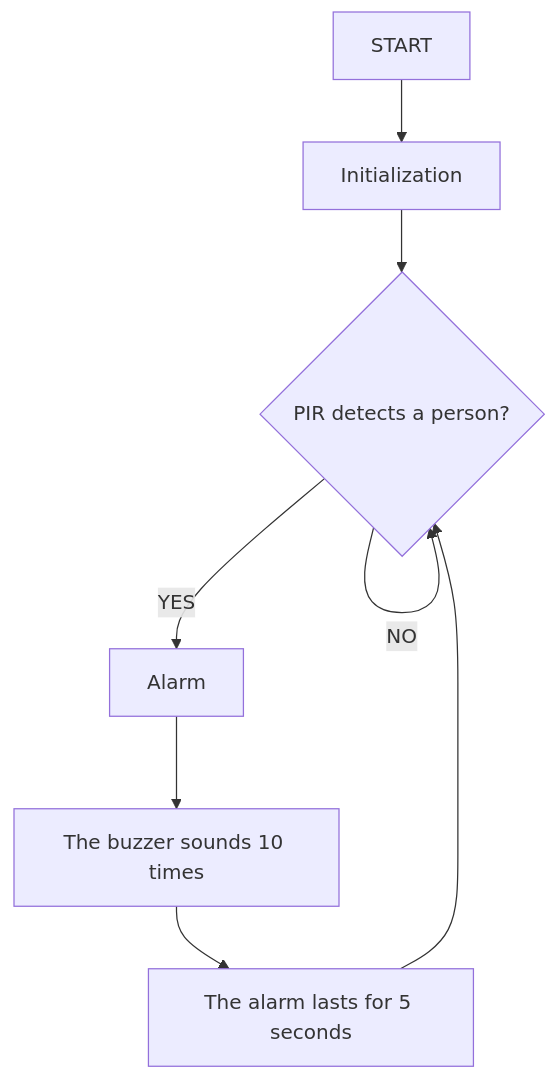
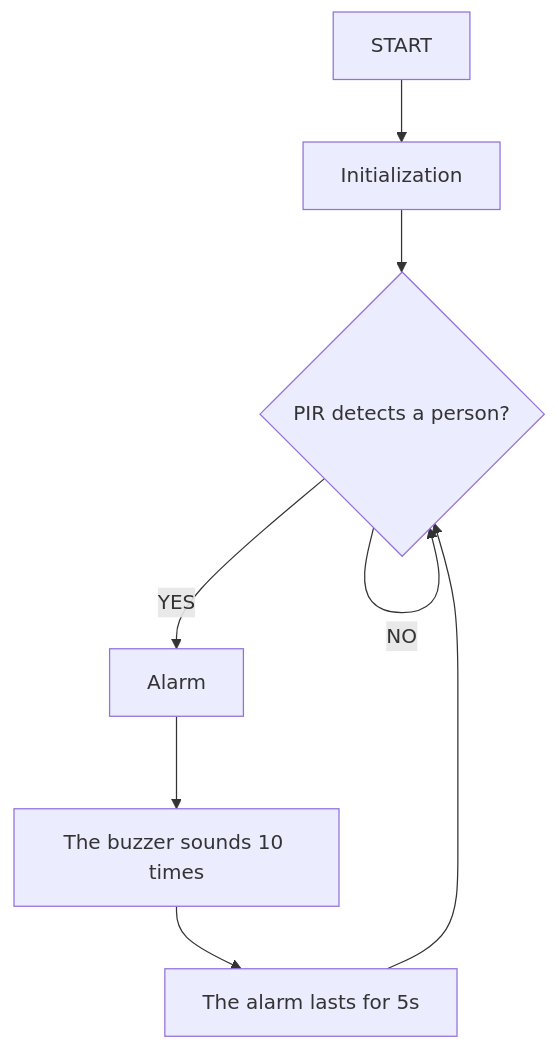
Before and after one commit to keyestudio/KS0597-: the diagram in docs/4.Arduino Projects/4.3 Projects/Project 8.md, drawn with Mermaid. The commit also changed 9 other files, not shown here.

````diff
--- a/docs/4.Arduino Projects/4.3 Projects/Project 8.md
+++ b/docs/4.Arduino Projects/4.3 Projects/Project 8.md
@@ -238,10 +238,10 @@
 ```mermaid
 graph TD
     A[START] --> B[Initialization]
     B --> C{PIR detects a person?}
     C -- YES --> D[Alarm]
     D --> E[The buzzer sounds 10 times]
-    E --> F[The alarm lasts for 5 seconds]
+    E --> F[The alarm lasts for 5s]
     F --> C
     C -- NO --> C
 ```
````
